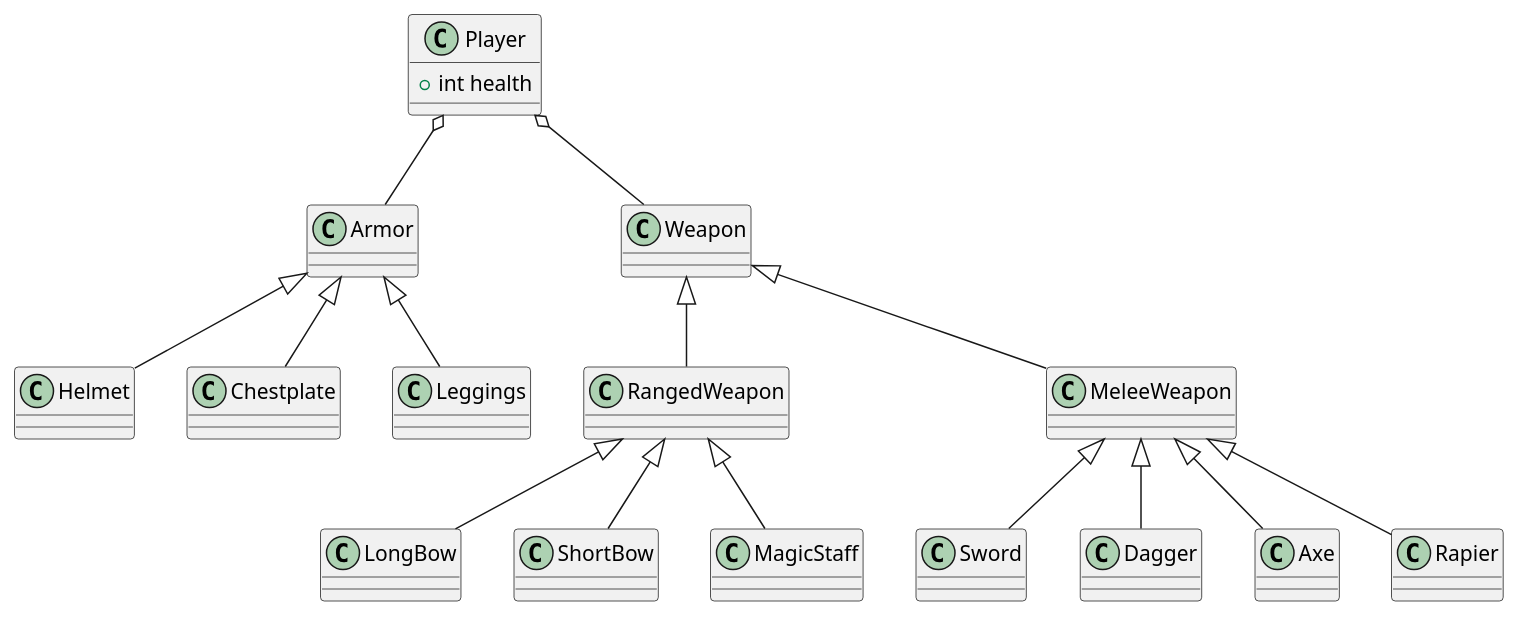
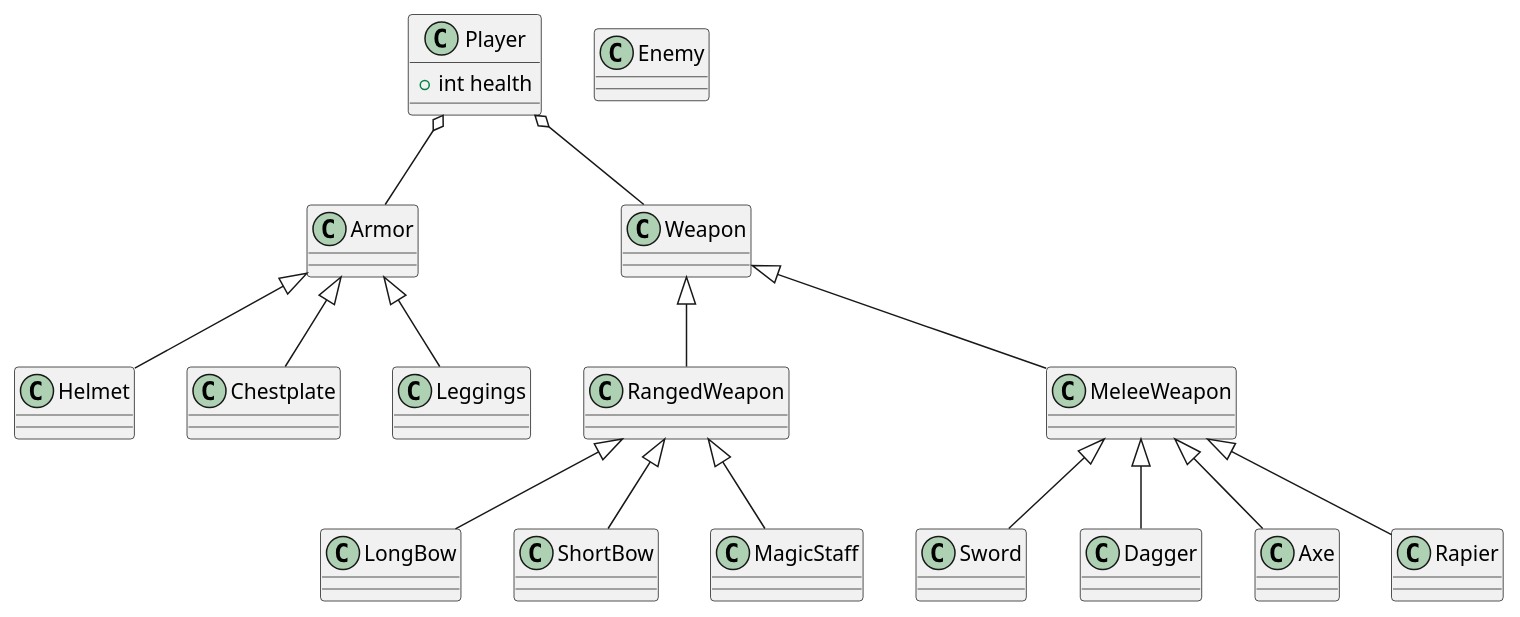
The diagram in Ideer.puml (MihneaSpinu/Projektopgave), drawn with PlantUML before and after one commit.

```diff
--- a/Ideer.puml
+++ b/Ideer.puml
@@ -1,88 +1,93 @@
 @startuml Car
 
 class Player {
     + int health
 }
 
 'Weapon classes
 
 class Weapon {
     
 }
 
 class MeleeWeapon {
     
 }
 
 class RangedWeapon {
     
 }
 
 class  Sword {
     
 }
 
 class LongBow {
     
 }
 
 class ShortBow {
     
 }
 
 class Dagger {
     
 }
 
 class Axe {
     
 }
 
 class Rapier {
     
 }
 
 class MagicStaff {
     
 }
 
 Player o-- Weapon
 
 RangedWeapon -up-|> Weapon
 MeleeWeapon -up-|> Weapon
 
 Sword -up-|> MeleeWeapon
 Axe -up-|> MeleeWeapon
 Dagger -up-|> MeleeWeapon
 Rapier -up-|> MeleeWeapon
 
 LongBow -up-|> RangedWeapon
 ShortBow -up-|> RangedWeapon
 MagicStaff -up-|> RangedWeapon
 
 'Armor classes
 
 Class Armor {
     
 }
 
 class Helmet {
     
 }
 
 class Chestplate {
     
 }
 
 class Leggings {
     
 }
 
 Helmet -up-|> Armor 
 Chestplate -up-|> Armor
 Leggings -up-|> Armor
 
 Player o-- Armor
 
+' Enemy classes
+
+class Enemy {
+    
+}
 
 @enduml
```
